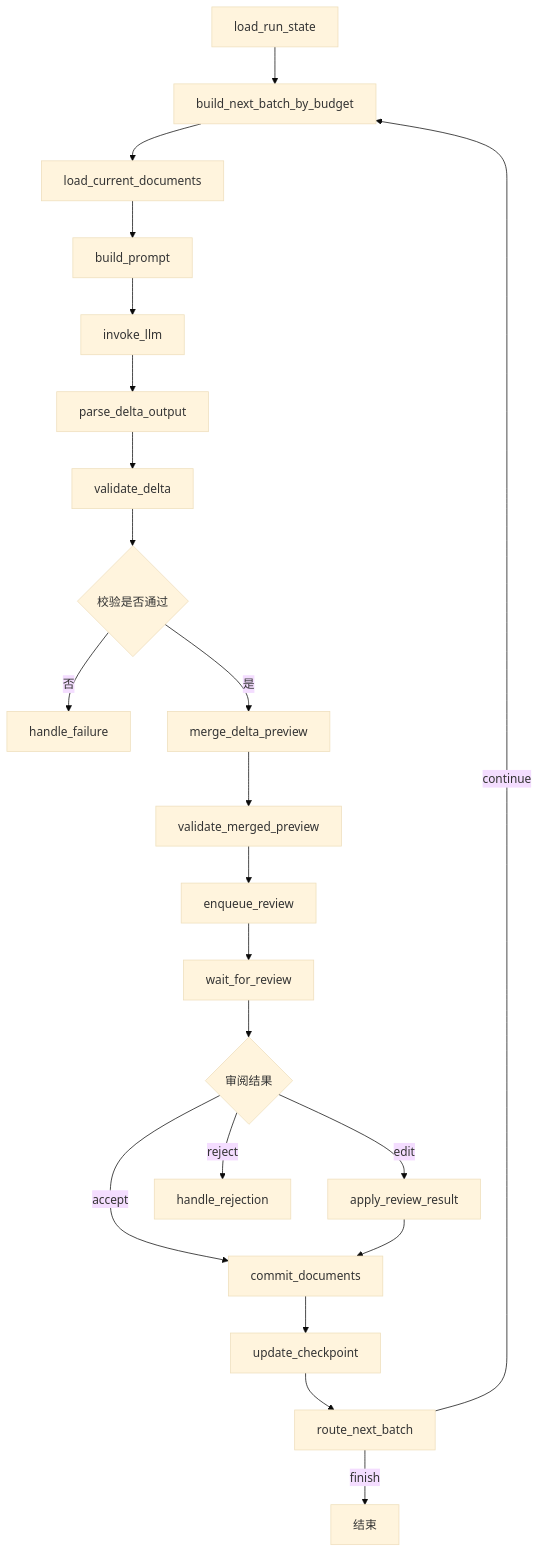
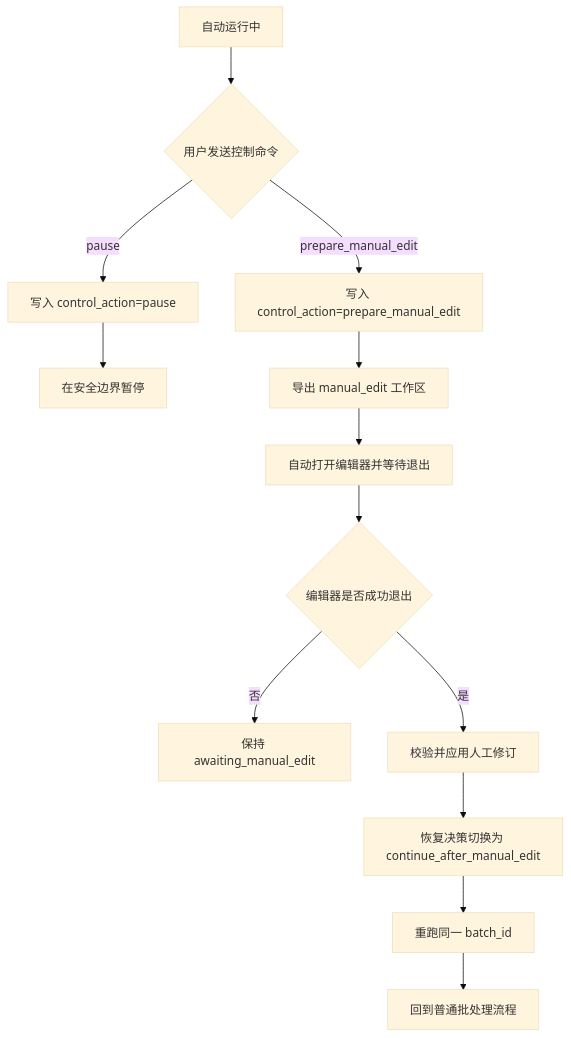
One commit to zonde306/epub-summary changed the second of 2 diagrams in plans/epub-to-yaml-design.md. Above: the diagram before and after it, drawn with Mermaid (base theme). The commit also changed other lines of this file and 12 other files, not shown here.

````diff
--- a/plans/epub-to-yaml-design.md
+++ b/plans/epub-to-yaml-design.md
@@ -466,24 +116,15 @@
 ```mermaid
 flowchart TD
-    A[load_run_state] --> B[build_next_batch_by_budget]
-    B --> C[load_current_documents]
-    C --> D[build_prompt]
-    D --> E[invoke_llm]
-    E --> F[parse_delta_output]
-    F --> G[validate_delta]
-    G --> H{校验是否通过}
-    H -->|否| X[handle_failure]
-    H -->|是| I[merge_delta_preview]
-    I --> J[validate_merged_preview]
-    J --> K[enqueue_review]
-    K --> L[wait_for_review]
-    L --> M{审阅结果}
-    M -->|accept| N[commit_documents]
-    M -->|edit| O[apply_review_result]
-    O --> N
-    M -->|reject| P[handle_rejection]
-    N --> Q[update_checkpoint]
-    Q --> R[route_next_batch]
-    R -->|continue| B
-    R -->|finish| S[结束]
+    A[自动运行中] --> B{用户发送控制命令}
+    B -->|pause| C[写入 control_action=pause]
+    B -->|prepare_manual_edit| D[写入 control_action=prepare_manual_edit]
+    C --> E[在安全边界暂停]
+    D --> F[导出 manual_edit 工作区]
+    F --> G[自动打开编辑器并等待退出]
+    G --> H{编辑器是否成功退出}
+    H -->|否| I[保持 awaiting_manual_edit]
+    H -->|是| J[校验并应用人工修订]
+    J --> K[恢复决策切换为 continue_after_manual_edit]
+    K --> L[重跑同一 batch_id]
+    L --> M[回到普通批处理流程]
 ```
````
